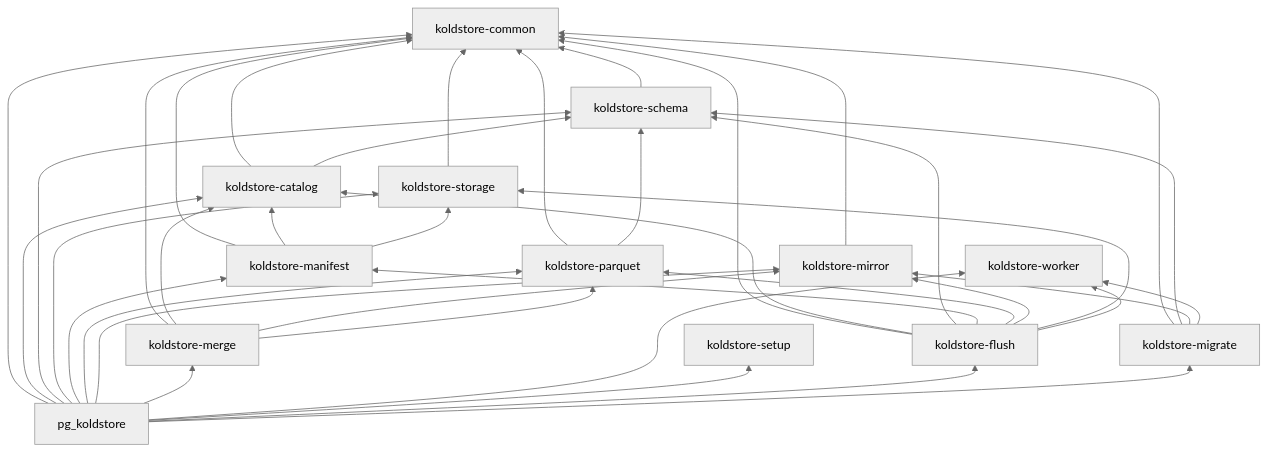
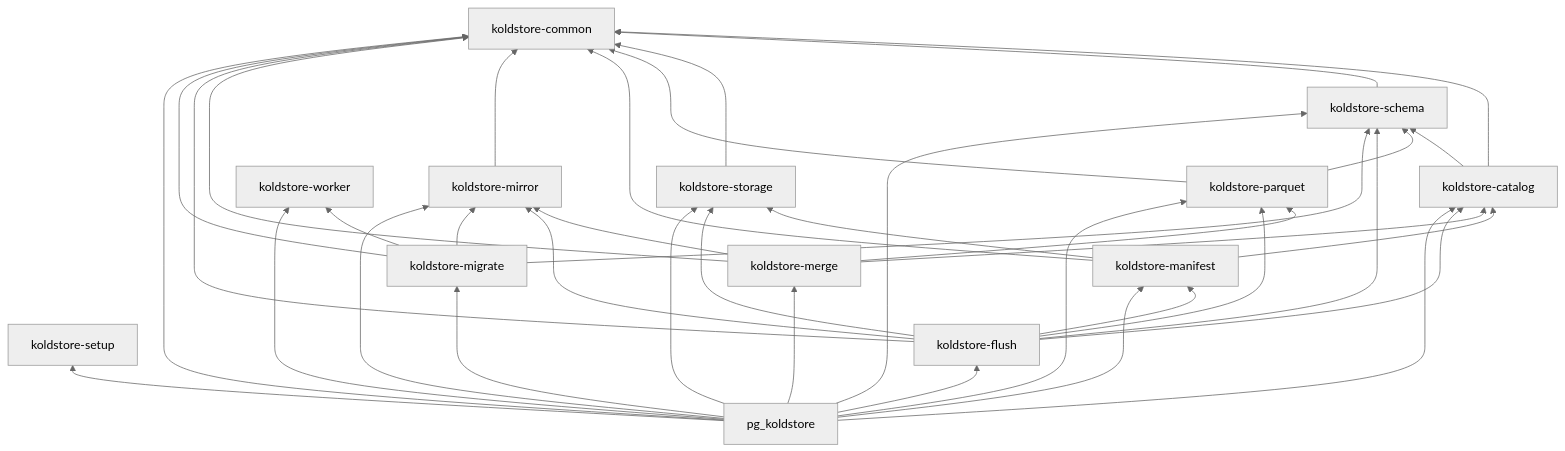
One commit to kalamdb/koldstore changed the diagram in docs/architecture/crate-architecture.md. Above: the diagram before and after it, drawn with Mermaid (neutral theme). The commit also changed 117 other files, not shown here.

````diff
--- a/docs/architecture/crate-architecture.md
+++ b/docs/architecture/crate-architecture.md
@@ -46,55 +46,54 @@
 ```mermaid
 flowchart BT
     common[koldstore-common]
     catalog[koldstore-catalog]
     schema[koldstore-schema]
     storage[koldstore-storage]
     parquet[koldstore-parquet]
     manifest[koldstore-manifest]
     mirror[koldstore-mirror]
     merge[koldstore-merge]
     worker[koldstore-worker]
     setup[koldstore-setup]
     flush[koldstore-flush]
     migrate[koldstore-migrate]
     pg[pg_koldstore]
 
     catalog --> common
     catalog --> schema
     schema --> common
     storage --> common
     parquet --> common
     parquet --> schema
     manifest --> common
     manifest --> catalog
     manifest --> storage
     mirror --> common
     merge --> common
     merge --> catalog
     merge --> mirror
     merge --> parquet
     flush --> common
     flush --> catalog
     flush --> schema
     flush --> manifest
     flush --> parquet
     flush --> mirror
     flush --> storage
-    flush --> worker
     migrate --> common
     migrate --> schema
     migrate --> mirror
     migrate --> worker
     pg --> common
     pg --> catalog
     pg --> schema
     pg --> storage
     pg --> manifest
     pg --> parquet
     pg --> mirror
     pg --> merge
     pg --> worker
     pg --> setup
     pg --> flush
     pg --> migrate
 ```
````
